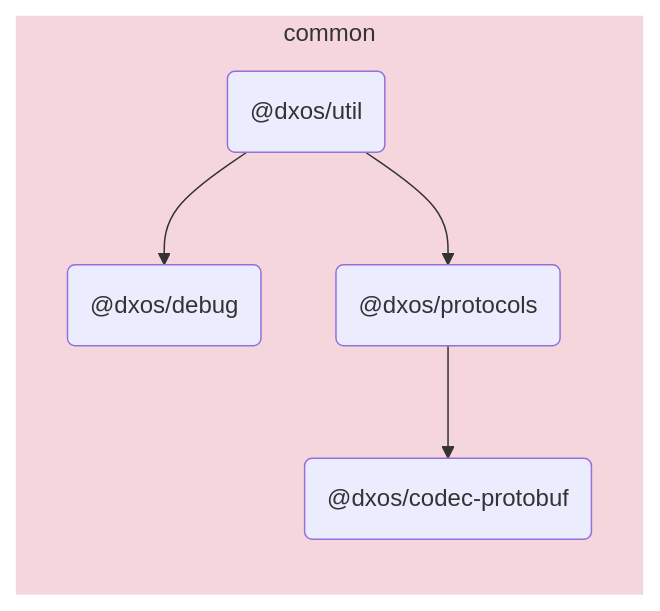
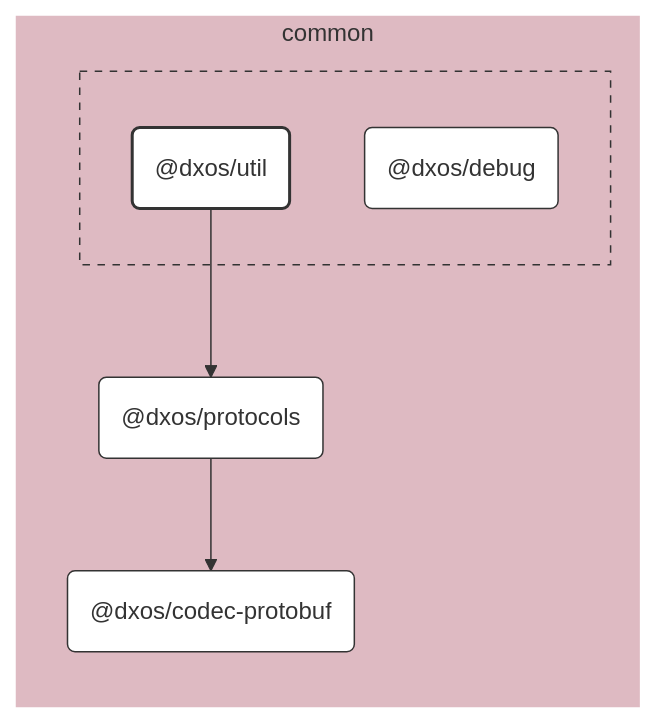
The diagram in packages/common/util/docs/README.md (dxos/dxos), drawn with Mermaid before and after one commit. The commit also changed other lines of this file and 109 other files, not shown here.

````diff
--- a/packages/common/util/docs/README.md
+++ b/packages/common/util/docs/README.md
@@ -5,15 +7,41 @@
 ```mermaid
-flowchart LR;
+%%{ init: {'flowchart':{'curve':'basis'}} }%%
 
+flowchart LR
+
+%% Links
+dxos/protocols --> dxos/codec-protobuf;
+dxos/util --> dxos/protocols;
+
+%% Sections
 subgraph common
-  style common fill:#f5d6dd,stroke:#fff;
-  dxos/util("@dxos/util");
-  dxos/debug("@dxos/debug");
-  dxos/protocols("@dxos/protocols");
-  dxos/codec-protobuf("@dxos/codec-protobuf");
+  style common fill:#debac2,stroke:#fff;
+
+  dxos/codec-protobuf("@dxos/codec-protobuf")
+  dxos/protocols("@dxos/protocols")
+
+  subgraph common-excluded [ ]
+    style common-excluded fill:#debac2,stroke:#333,stroke-dasharray:5 5;
+
+    dxos/debug("@dxos/debug")
+    dxos/util("@dxos/util")
+  end
 end
 
-dxos/util --> dxos/debug;
-dxos/util --> dxos/protocols;
-dxos/protocols --> dxos/codec-protobuf;
+
+%% Hyperlinks
+click dxos/codec-protobuf href "https:/github.com/dxos/dxos/tree/main/packages/common/codec-protobuf/docs";
+click dxos/debug href "https:/github.com/dxos/dxos/tree/main/packages/common/debug/docs";
+click dxos/protocols href "https:/github.com/dxos/dxos/tree/main/packages/common/protocols/docs";
+
+%% Styles
+classDef rootNode fill:#fff,stroke:#333,stroke-width:2px
+classDef defaultNode fill:#fff,stroke:#333,stroke-width:1px
+linkStyle default stroke:#333,stroke-width:1px
+
+dxos/util:::rootNode
+
+dxos/codec-protobuf:::defaultNode
+dxos/debug:::defaultNode
+dxos/protocols:::defaultNode
 ```
````
